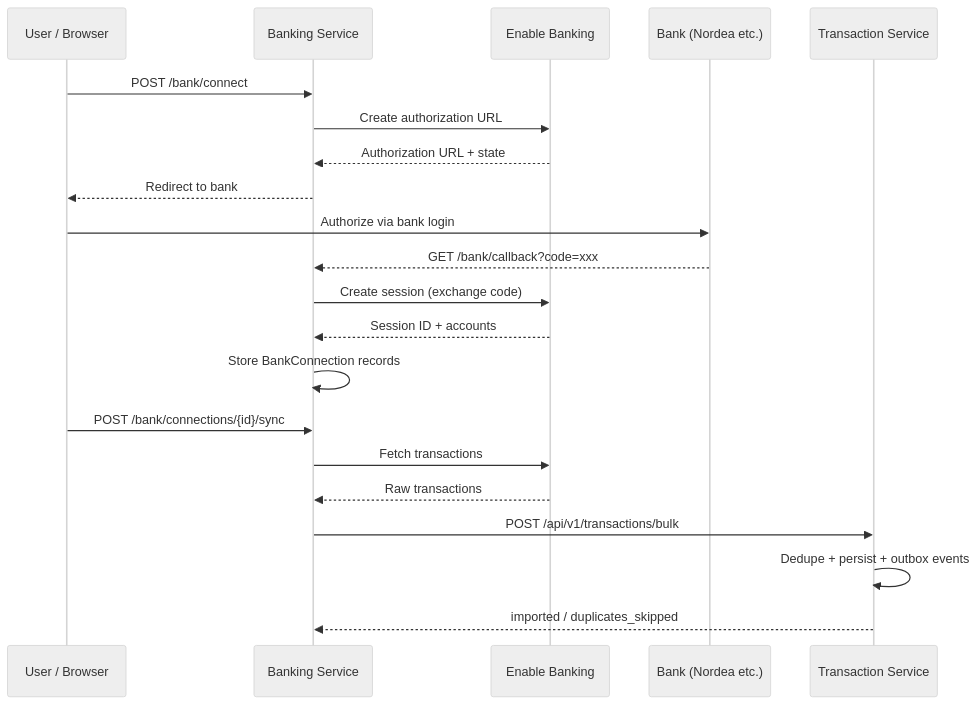
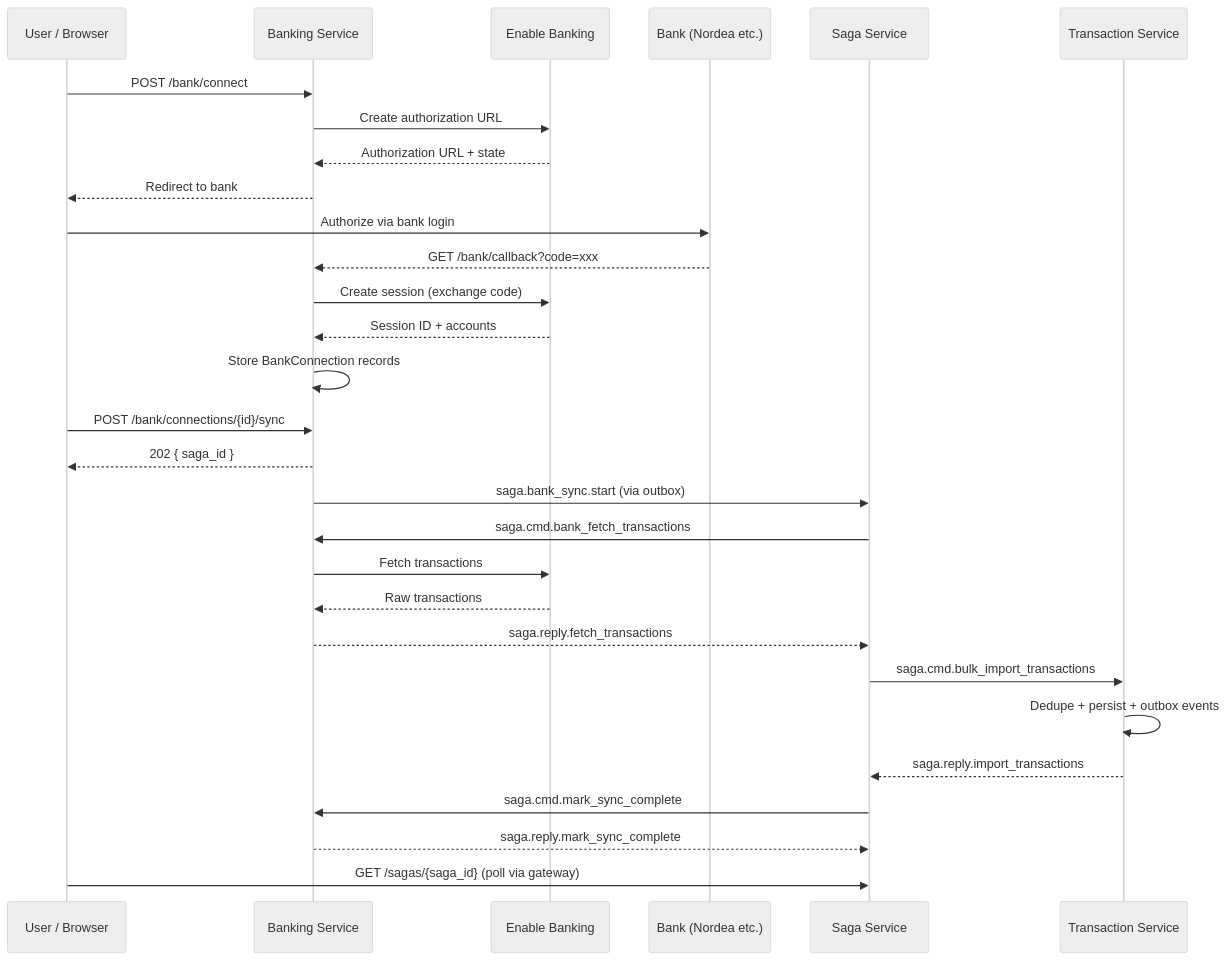
The second of 4 diagrams in README.md (Jothom2912/Finance-Tracker), drawn with Mermaid (neutral theme) before and after one commit. The commit also changed other lines of this file, not shown here.

````diff
--- a/README.md
+++ b/README.md
@@ -141,27 +204,39 @@
 ```mermaid
 sequenceDiagram
     participant User as User / Browser
     participant API as Banking Service
     participant EB as Enable Banking
     participant Bank as Bank (Nordea etc.)
-    participant TS as Transaction Service
+    participant Saga as Saga Service
+    participant Tx as Transaction Service
 
     User->>API: POST /bank/connect
     API->>EB: Create authorization URL
     EB-->>API: Authorization URL + state
     API-->>User: Redirect to bank
 
     User->>Bank: Authorize via bank login
     Bank-->>API: GET /bank/callback?code=xxx
 
     API->>EB: Create session (exchange code)
     EB-->>API: Session ID + accounts
     API->>API: Store BankConnection records
 
     User->>API: POST /bank/connections/{id}/sync
+    API-->>User: 202 { saga_id }
+    API->>Saga: saga.bank_sync.start (via outbox)
+
+    Saga->>API: saga.cmd.bank_fetch_transactions
     API->>EB: Fetch transactions
     EB-->>API: Raw transactions
-    API->>TS: POST /api/v1/transactions/bulk
-    TS->>TS: Dedupe + persist + outbox events
-    TS-->>API: imported / duplicates_skipped
+    API-->>Saga: saga.reply.fetch_transactions
+
+    Saga->>Tx: saga.cmd.bulk_import_transactions
+    Tx->>Tx: Dedupe + persist + outbox events
+    Tx-->>Saga: saga.reply.import_transactions
+
+    Saga->>API: saga.cmd.mark_sync_complete
+    API-->>Saga: saga.reply.mark_sync_complete
+
+    User->>Saga: GET /sagas/{saga_id} (poll via gateway)
 ```
````
